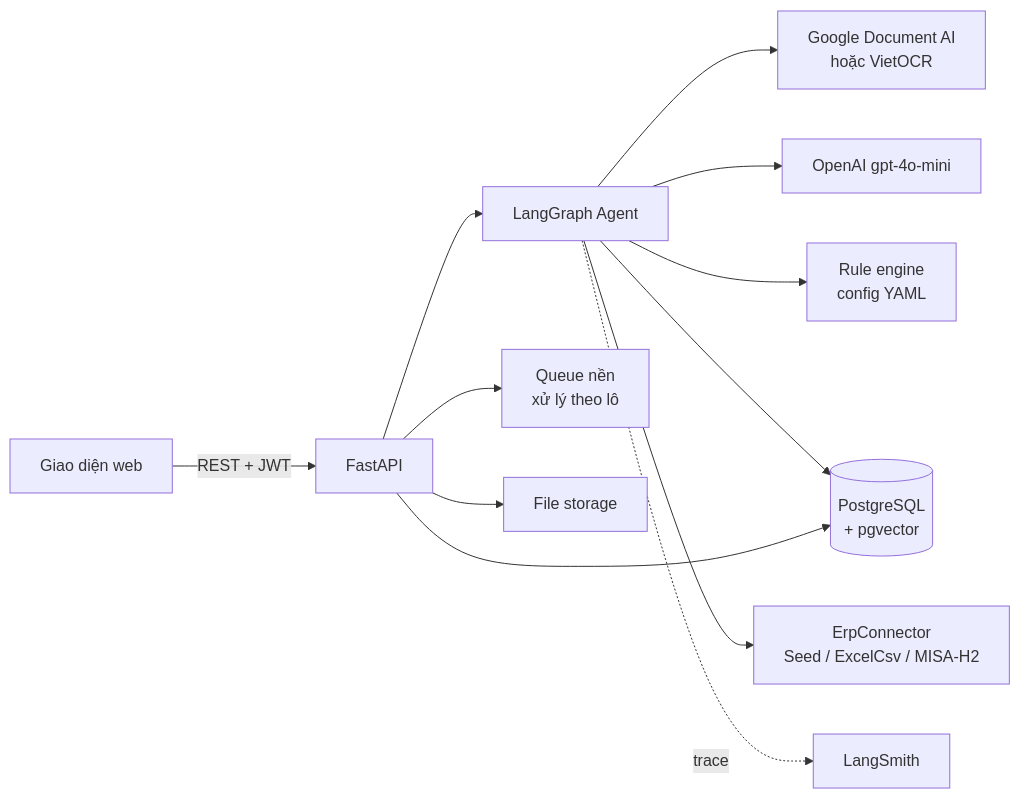
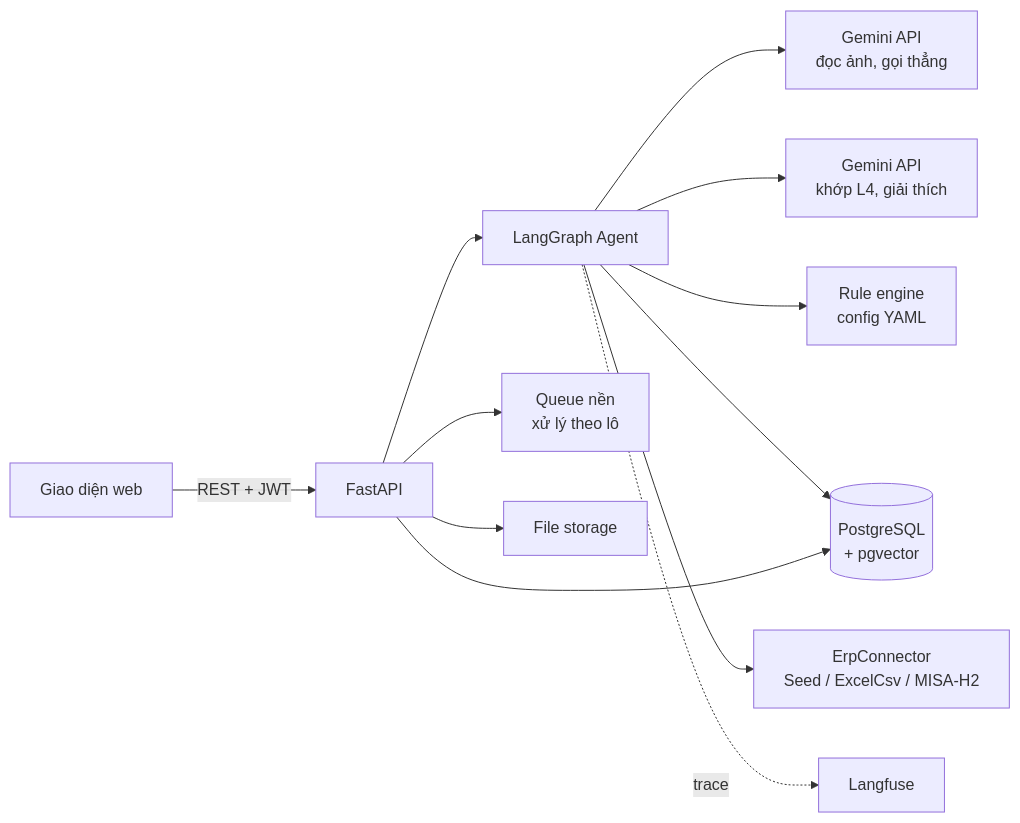
The second of 2 diagrams in docs/BRIEF_v3.md (kamitoznguyen-collab/Fantastic4-BuildPhase), drawn with Mermaid before and after one commit. The commit also changed other lines of this file and 2 other files, not shown here.

First line of the commit message:
docs: read scans with Gemini called directly, not through a router

````diff
--- a/docs/BRIEF_v3.md
+++ b/docs/BRIEF_v3.md
@@ -192,14 +192,14 @@
 ```mermaid
 graph LR
     UI[Giao diện web] -->|REST + JWT| API[FastAPI]
     API --> G[LangGraph Agent]
     API --> Q[Queue nền<br/>xử lý theo lô]
-    G --> OCR[Google Document AI<br/>hoặc VietOCR]
-    G --> LLM[OpenAI gpt-4o-mini]
+    G --> OCR[Gemini API<br/>đọc ảnh, gọi thẳng]
+    G --> LLM[Gemini API<br/>khớp L4, giải thích]
     G --> R[Rule engine<br/>config YAML]
     G --> DB[(PostgreSQL<br/>+ pgvector)]
     G --> CN[ErpConnector<br/>Seed / ExcelCsv / MISA-H2]
     API --> DB
     API --> FS[File storage]
-    G -.trace.-> LS[LangSmith]
+    G -.trace.-> LS[Langfuse]
 ```
````
